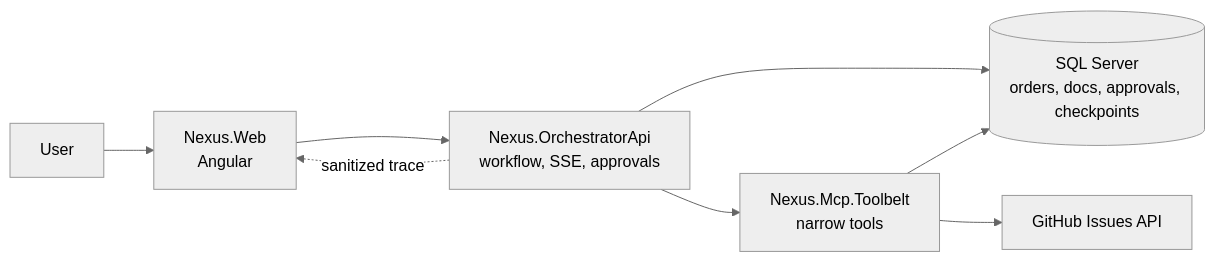
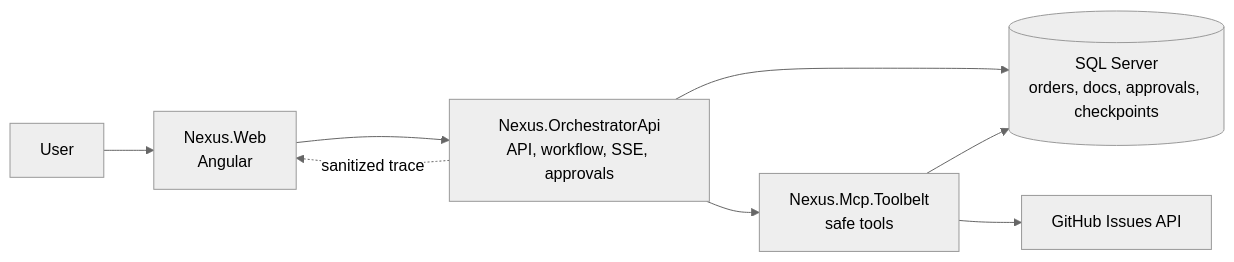
The first of 5 diagrams in docs/ARCHITECTURE.md (sanghunmok-prog/nexus-ask-act-hub), drawn with Mermaid (neutral theme) before and after one commit. The commit also changed other lines of this file and 13 other files, not shown here.

````diff
--- a/docs/ARCHITECTURE.md
+++ b/docs/ARCHITECTURE.md
@@ -7,10 +9,10 @@
 ```mermaid
 flowchart LR
     User[User] --> Web[Nexus.Web<br/>Angular]
-    Web --> Orchestrator[Nexus.OrchestratorApi<br/>workflow, SSE, approvals]
+    Web --> Orchestrator[Nexus.OrchestratorApi<br/>API, workflow, SSE, approvals]
     Orchestrator --> SQL[(SQL Server<br/>orders, docs, approvals, checkpoints)]
-    Orchestrator --> Toolbelt[Nexus.Mcp.Toolbelt<br/>narrow tools]
+    Orchestrator --> Toolbelt[Nexus.Mcp.Toolbelt<br/>safe tools]
     Toolbelt --> SQL
     Toolbelt --> GitHub[GitHub Issues API]
     Orchestrator -. sanitized trace .-> Web
 ```
````
